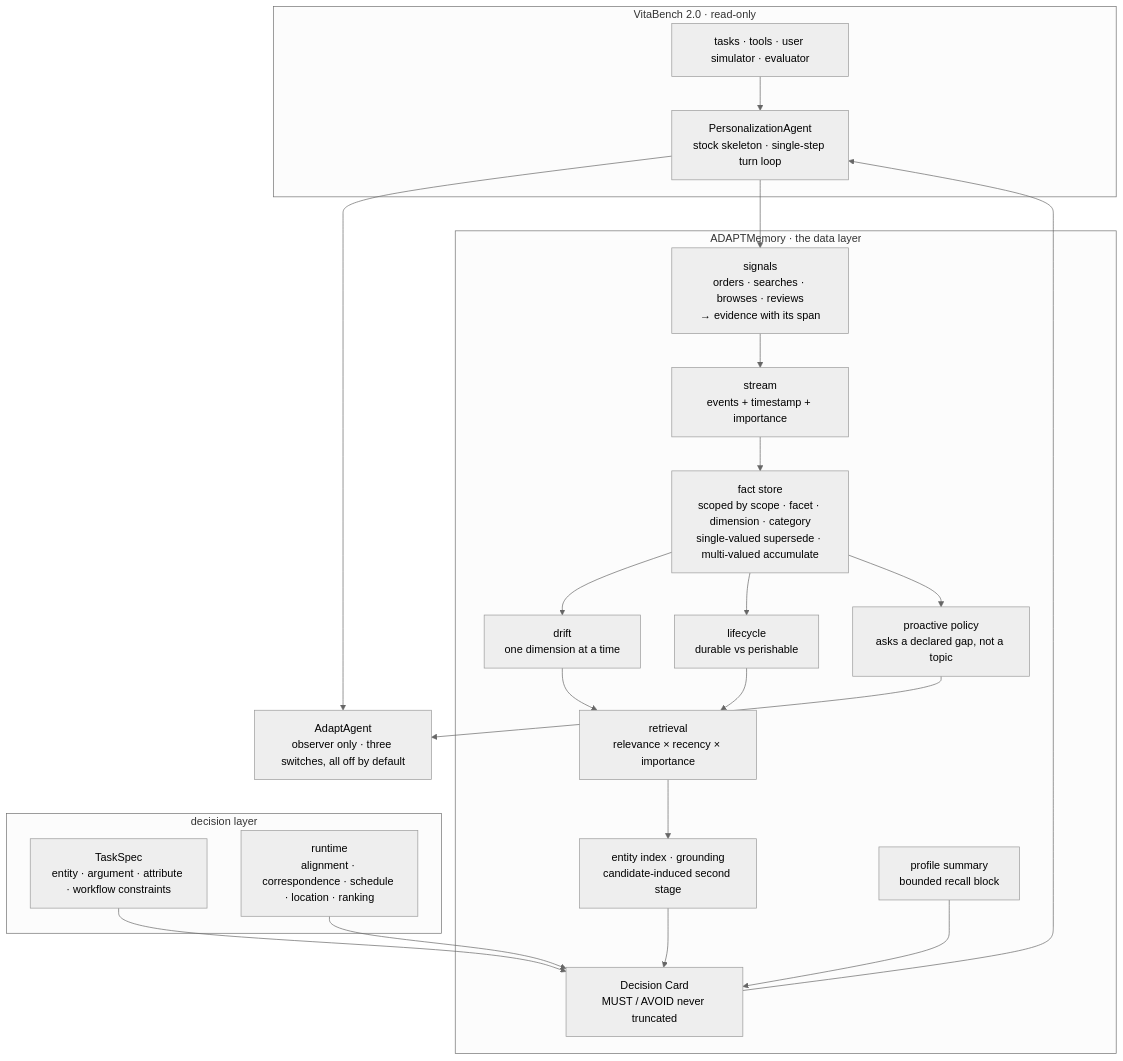
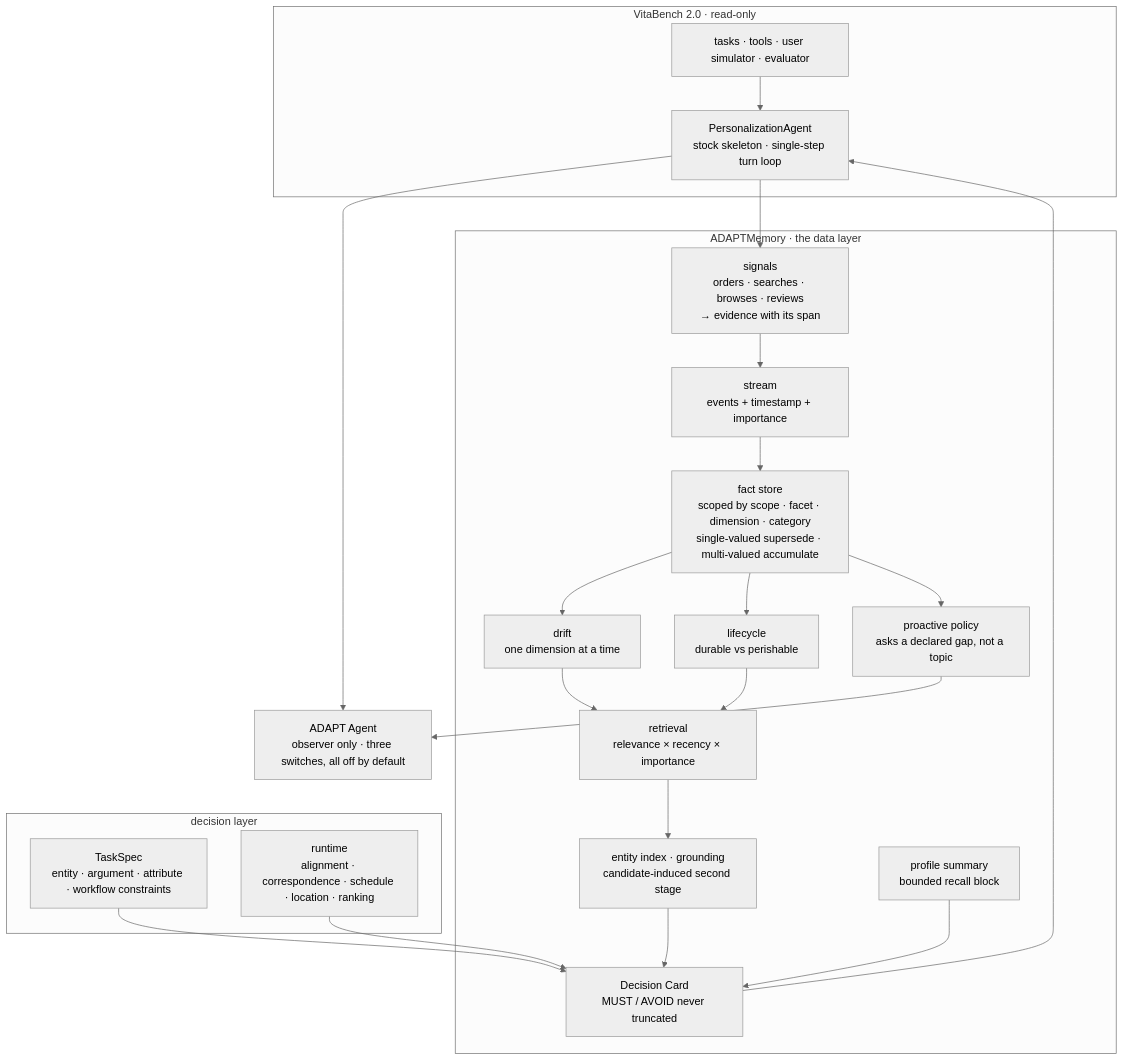
One commit to lixiao69sysu/ADAPT changed the diagram in README.md. Above: the diagram before and after it, drawn with Mermaid (neutral theme). The commit also changed other lines of this file and 7 other files, not shown here.

First line of the commit message:
docs: write the agent's display name as ADAPT Agent, restore the official memory name

````diff
--- a/README.md
+++ b/README.md
@@ -267,44 +267,44 @@
 ```mermaid
 flowchart TB
     subgraph VB["VitaBench 2.0 · read-only"]
         T["tasks · tools · user simulator · evaluator"]
         S["PersonalizationAgent<br/>stock skeleton · single-step turn loop"]
     end
 
     subgraph MEM["ADAPTMemory · the data layer"]
         SG["signals<br/>orders · searches · browses · reviews<br/>→ evidence with its span"]
         ST["stream<br/>events + timestamp + importance"]
         FC["fact store<br/>scoped by scope · facet · dimension · category<br/>single-valued supersede · multi-valued accumulate"]
         DL["drift<br/>one dimension at a time"]
         LC["lifecycle<br/>durable vs perishable"]
         RT["retrieval<br/>relevance × recency × importance"]
         GD["entity index · grounding<br/>candidate-induced second stage"]
         PQ["proactive policy<br/>asks a declared gap, not a topic"]
         CARD["Decision Card<br/>MUST / AVOID never truncated"]
         SUM["profile summary<br/>bounded recall block"]
 
         SG --> ST --> FC
         FC --> DL
         FC --> LC
         DL --> RT
         LC --> RT
         RT --> GD --> CARD
         SUM --> CARD
         FC --> PQ
     end
 
     subgraph DEC["decision layer"]
         TS["TaskSpec<br/>entity · argument · attribute · workflow constraints"]
         RN["runtime<br/>alignment · correspondence · schedule · location · ranking"]
     end
 
-    A["AdaptAgent<br/>observer only · three switches, all off by default"]
+    A["ADAPT Agent<br/>observer only · three switches, all off by default"]
 
     T --> S
     S --> A
     S --> SG
     TS --> CARD
     RN --> CARD
     CARD --> S
     PQ --> A
 ```
````
